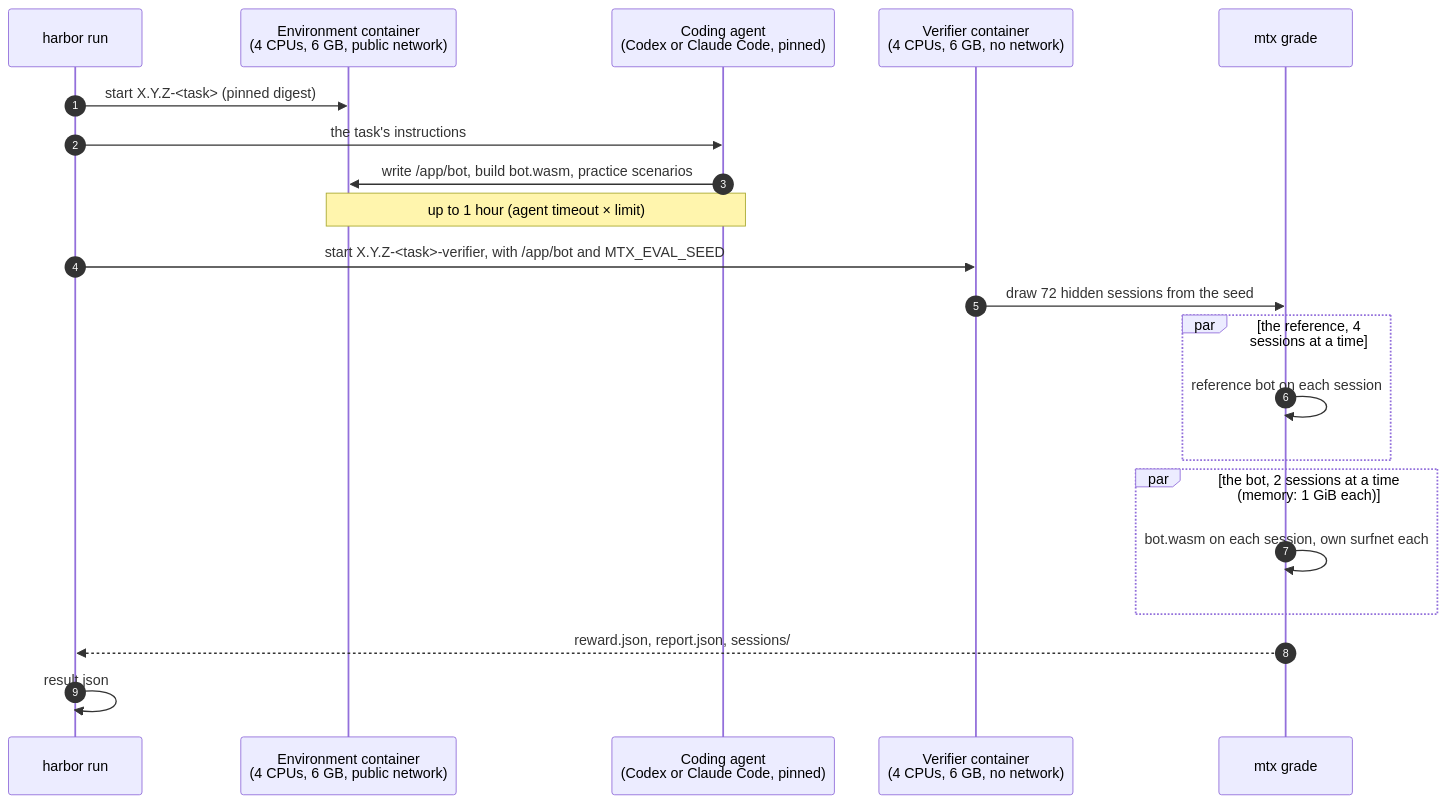
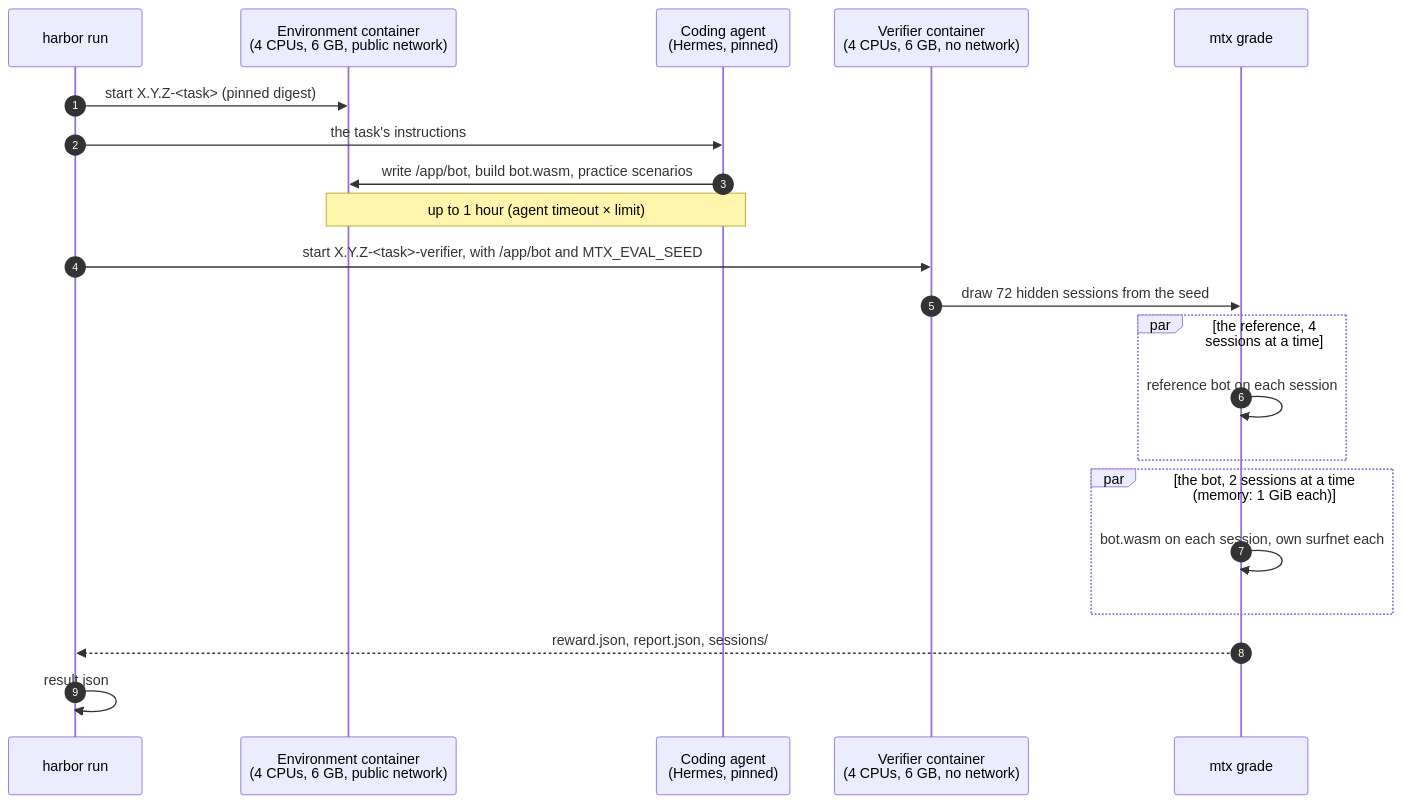
Before and after one commit to lgalabru/machine-trading: the fourth of 5 diagrams in docs/automation.md, drawn with Mermaid. The commit also changed 4 other files, not shown here.

````diff
--- a/docs/automation.md
+++ b/docs/automation.md
@@ -135,24 +135,24 @@
 ```mermaid
 sequenceDiagram
   autonumber
   participant HB as harbor run
   participant E as Environment container<br/>(4 CPUs, 6 GB, public network)
-  participant Ag as Coding agent<br/>(Codex or Claude Code, pinned)
+  participant Ag as Coding agent<br/>(Hermes, pinned)
   participant V as Verifier container<br/>(4 CPUs, 6 GB, no network)
   participant G as mtx grade
 
   HB->>E: start X.Y.Z-<task> (pinned digest)
   HB->>Ag: the task's instructions
   Ag->>E: write /app/bot, build bot.wasm, practice scenarios
   Note over Ag,E: up to 1 hour (agent timeout × limit)
   HB->>V: start X.Y.Z-<task>-verifier, with /app/bot and MTX_EVAL_SEED
   V->>G: draw 72 hidden sessions from the seed
   par the reference, 4 sessions at a time
     G->>G: reference bot on each session
   end
   par the bot, 2 sessions at a time (memory: 1 GiB each)
     G->>G: bot.wasm on each session, own surfnet each
   end
   G-->>HB: reward.json, report.json, sessions/
   HB->>HB: result.json
 ```
````
